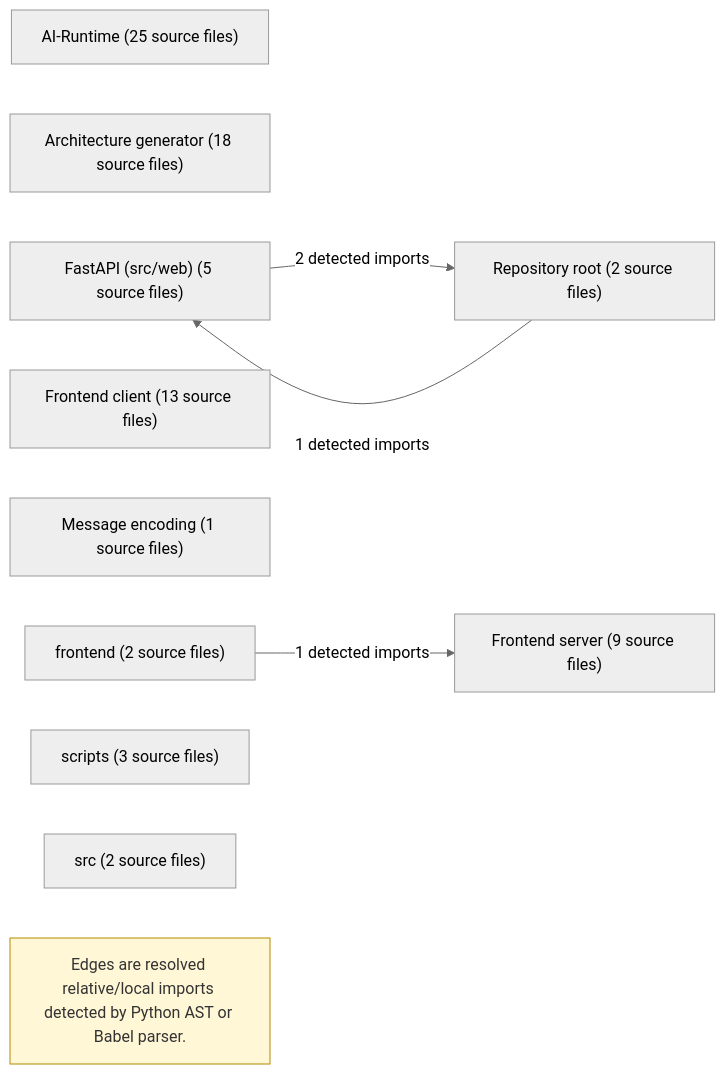
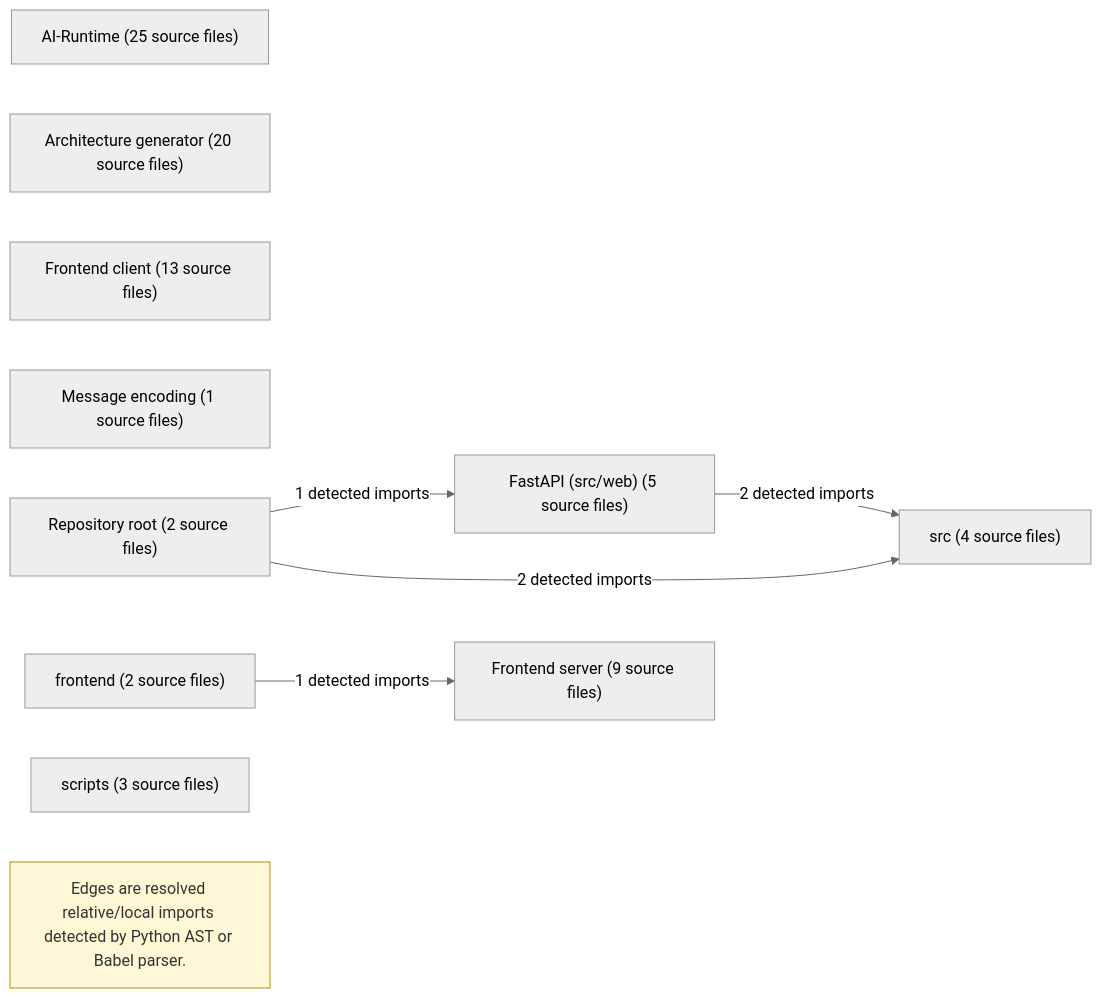
One commit to TheWildKaden/ArdvarkFood changed the diagram in docs/architecture/modules.mmd. Above: the diagram before and after it, drawn with Mermaid (neutral theme). The commit also changed 95 other files, not shown here.

```diff
--- a/docs/architecture/modules.mmd
+++ b/docs/architecture/modules.mmd
@@ -1,17 +1,18 @@
 flowchart LR
   AI_Runtime["AI-Runtime (25 source files)"]
-  Architecture_generator["Architecture generator (18 source files)"]
+  Architecture_generator["Architecture generator (20 source files)"]
   FastAPI__src_web_["FastAPI (src/web) (5 source files)"]
   Frontend_client["Frontend client (13 source files)"]
   Frontend_server["Frontend server (9 source files)"]
   Message_encoding["Message encoding (1 source files)"]
   Repository_root["Repository root (2 source files)"]
   frontend["frontend (2 source files)"]
   scripts["scripts (3 source files)"]
-  src["src (2 source files)"]
-  FastAPI__src_web_ -->|"2 detected imports"| Repository_root
+  src["src (4 source files)"]
+  FastAPI__src_web_ -->|"2 detected imports"| src
   Repository_root -->|"1 detected imports"| FastAPI__src_web_
+  Repository_root -->|"2 detected imports"| src
   frontend -->|"1 detected imports"| Frontend_server
   analysis_note_0["Edges are resolved relative/local imports detected by Python AST or Babel parser."]
   class analysis_note_0 note
   classDef note fill:#fff7d6,stroke:#b38b00,color:#333
```
